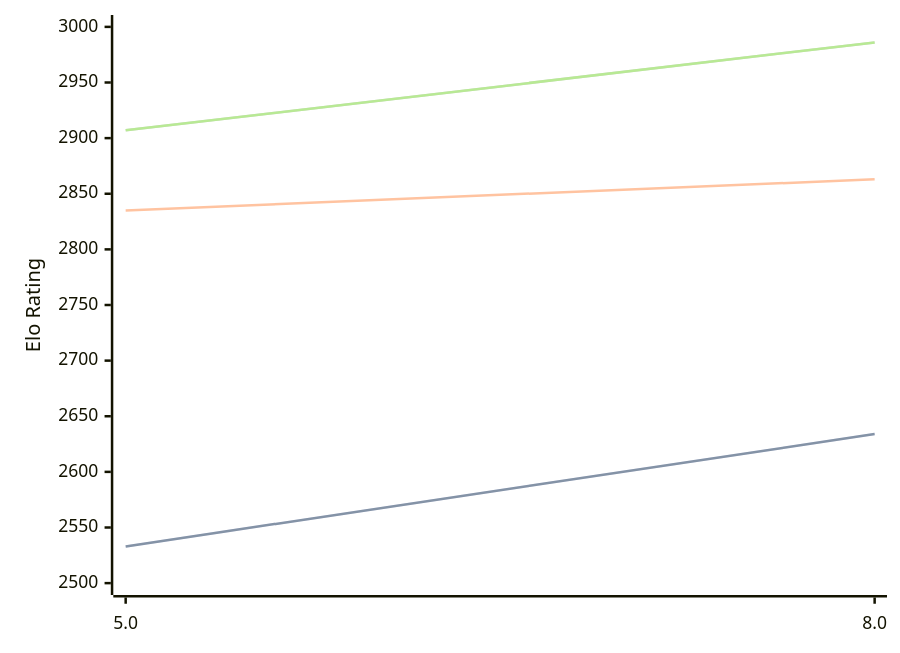
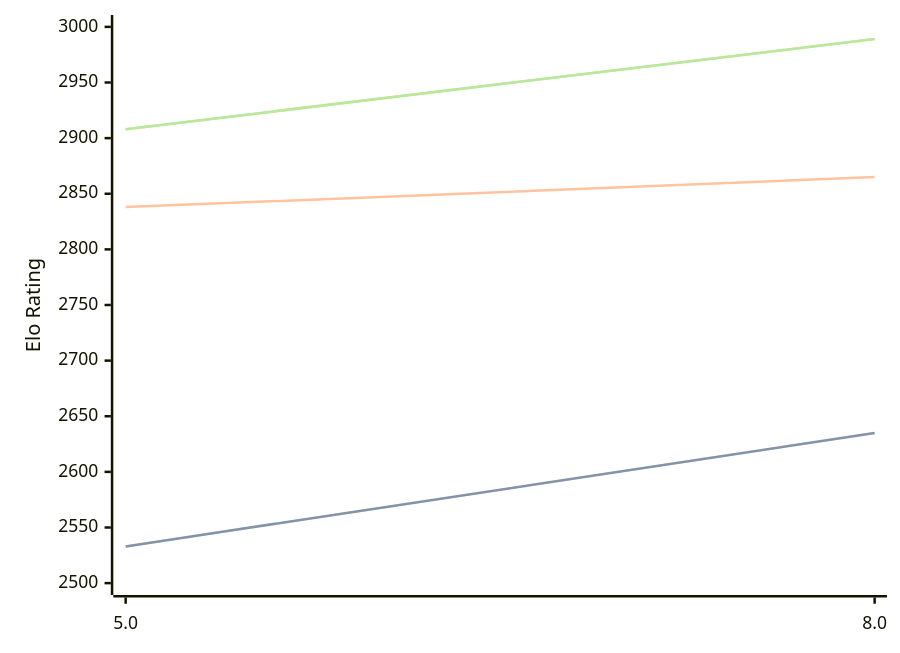
One commit to computer-chess-index/cci changed the diagram in engines/4kc.md. Above: the diagram before and after it, drawn with Mermaid. The commit also changed other lines of this file, not shown here.

Commit message:
Update CCI Ratings (ELO VLTC) - 2026-05-06

````diff
--- a/engines/4kc.md
+++ b/engines/4kc.md
@@ -41,11 +41,11 @@
 ```mermaid
 %%{init: {"theme":"base","themeVariables":{"seriesColors:['#a3a3a3','#222221','#faa371']}}}%%
 xychart-beta
   x-axis ["5.0", "8.0"]
   y-axis "Elo Rating" 2500 --> 3000
-  line "STC (8.0+0.08s)" [2533, 2634]
-  line "STC (8.0+0.08s)" [2533, 2634]
-  line "LTC (60.0+0.60s)" [2835, 2863]
-  line "VLTC (2m24s+1.12s)" [2907, 2986]
-  line "VLTC (2m24s+1.12s)" [2907, 2986]
+  line "STC (8.0+0.08s)" [2533, 2635]
+  line "STC (8.0+0.08s)" [2533, 2635]
+  line "LTC (60.0+0.60s)" [2838, 2865]
+  line "VLTC (2m24s+1.12s)" [2908, 2989]
+  line "VLTC (2m24s+1.12s)" [2908, 2989]
 ```
````
